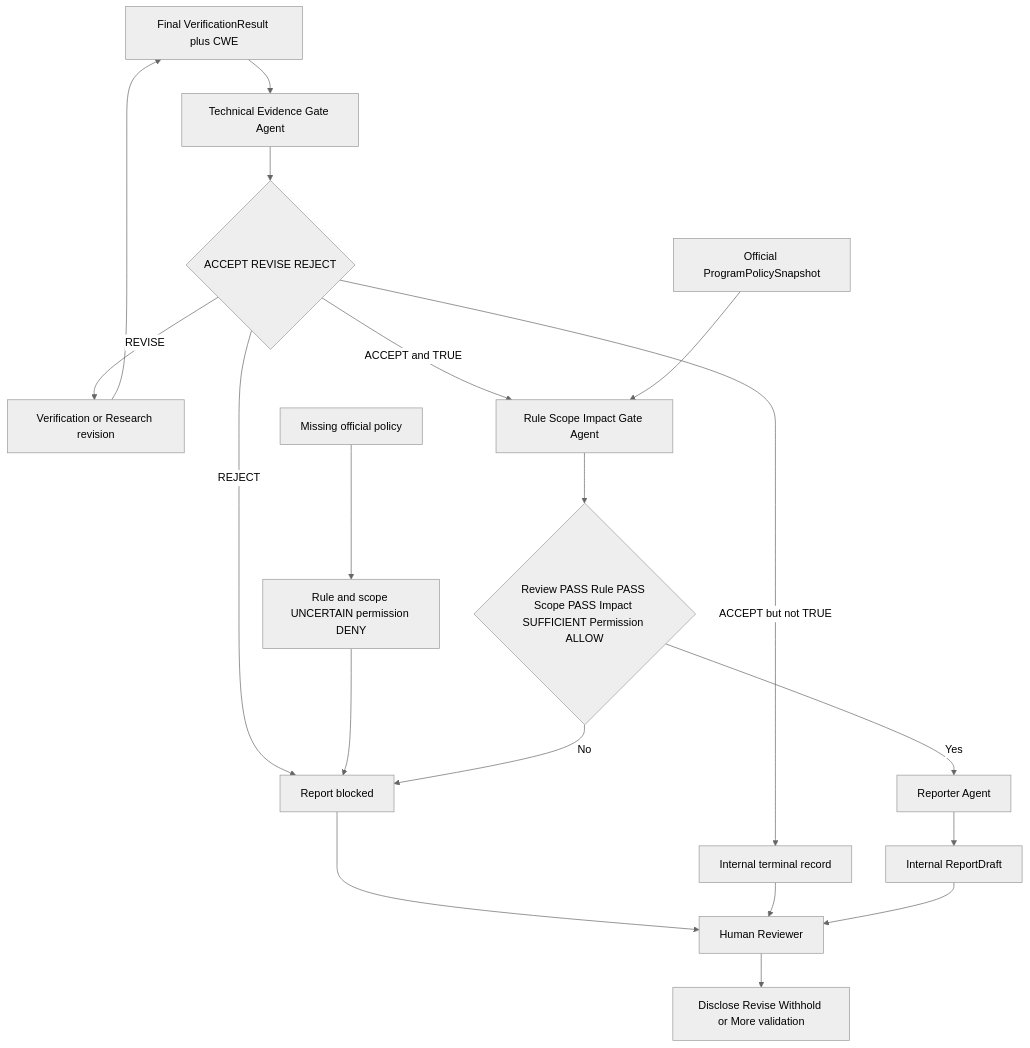
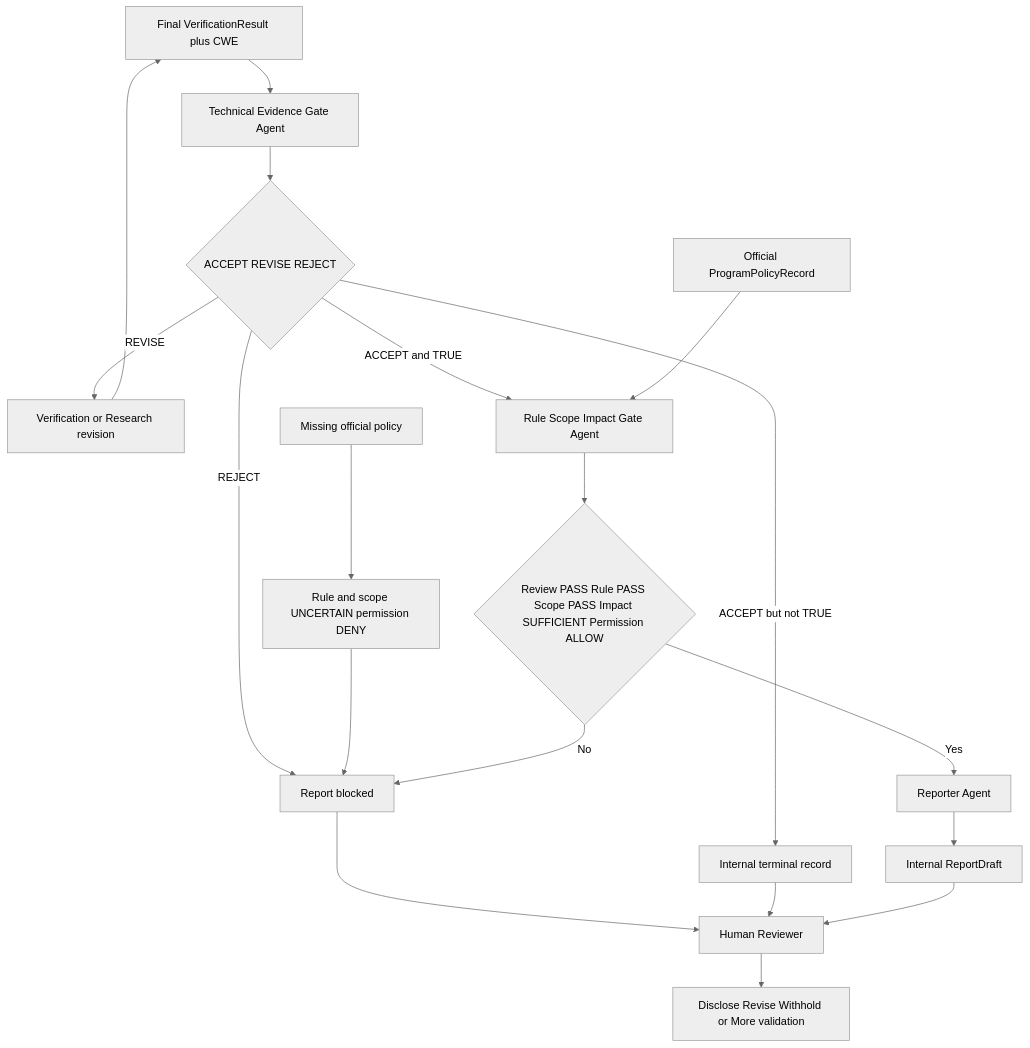
Before and after one commit to SASTsimi/sastsimi: the sixth of 8 diagrams in docs/architecture-v5/13-architecture-diagrams.md, drawn with Mermaid (neutral theme). The commit also changed other lines of this file and 7 other files, not shown here.

Commit message:
docs: redraw architecture without snapshot stage

````diff
--- a/docs/architecture-v5/13-architecture-diagrams.md
+++ b/docs/architecture-v5/13-architecture-diagrams.md
@@ -167,21 +169,21 @@
 ```mermaid
 flowchart TB
     VR[Final VerificationResult plus CWE] --> TECH[Technical Evidence Gate Agent]
     TECH --> TS{ACCEPT REVISE REJECT}
     TS -->|REVISE| BACK[Verification or Research revision]
     BACK --> VR
     TS -->|REJECT| BLOCK[Report blocked]
     TS -->|ACCEPT but not TRUE| INTERNAL[Internal terminal record]
     TS -->|ACCEPT and TRUE| RULE[Rule Scope Impact Gate Agent]
-    POLICY[Official ProgramPolicySnapshot] --> RULE
+    POLICY[Official ProgramPolicyRecord] --> RULE
     NOPOL[Missing official policy] --> UNCERTAIN[Rule and scope UNCERTAIN permission DENY]
     UNCERTAIN --> BLOCK
     RULE --> READY{Review PASS Rule PASS Scope PASS Impact SUFFICIENT Permission ALLOW}
     READY -->|No| BLOCK
     READY -->|Yes| REPORTER[Reporter Agent]
     REPORTER --> DRAFT[Internal ReportDraft]
     BLOCK --> HUMAN[Human Reviewer]
     INTERNAL --> HUMAN
     DRAFT --> HUMAN
     HUMAN --> DECIDE[Disclose Revise Withhold or More validation]
 ```
````
